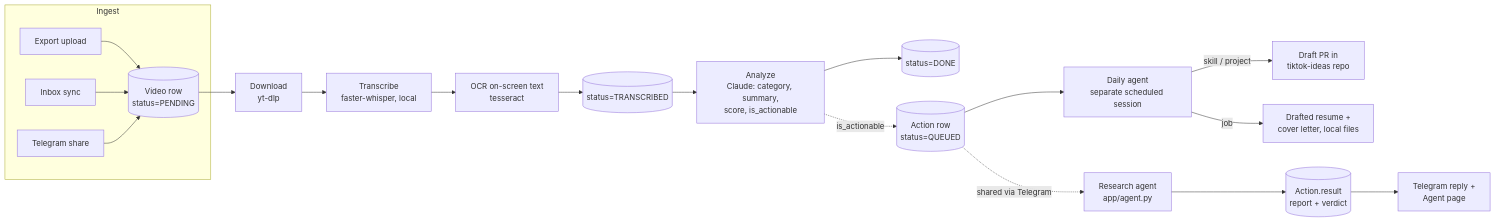
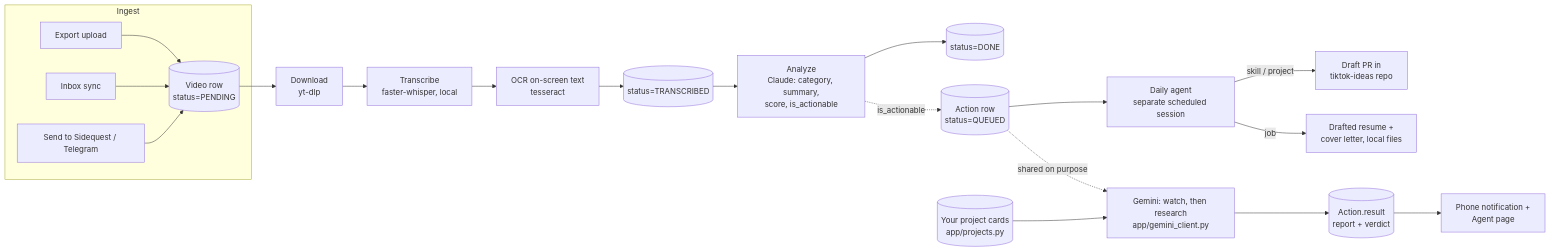
Before and after one commit to mattthomas7641/saved-video-intelligence: the first of 3 diagrams in ARCHITECTURE.md, drawn with Mermaid. The commit also changed other lines of this file and 44 other files, not shown here.

First line of the commit message:
Sidequest: send anything, Gemini watches it, judged against your projects

````diff
--- a/ARCHITECTURE.md
+++ b/ARCHITECTURE.md
@@ -16,24 +16,25 @@
 ```mermaid
 flowchart LR
     subgraph Ingest
         A1[Export upload] --> V[(Video row<br/>status=PENDING)]
         A2[Inbox sync] --> V
-        A3[Telegram share] --> V
+        A3[Send to Sidequest / Telegram] --> V
     end
 
     V --> C1[Download<br/>yt-dlp]
     C1 --> C2[Transcribe<br/>faster-whisper, local]
     C2 --> C3[OCR on-screen text<br/>tesseract]
     C3 --> T[(status=TRANSCRIBED)]
 
     T --> AN[Analyze<br/>Claude: category, summary,<br/>score, is_actionable]
     AN --> D[(status=DONE)]
     AN -. is_actionable .-> AQ[(Action row<br/>status=QUEUED)]
 
     AQ --> AG[Daily agent<br/>separate scheduled session]
     AG -->|skill / project| PR[Draft PR in<br/>tiktok-ideas repo]
     AG -->|job| JD[Drafted resume +<br/>cover letter, local files]
-    AQ -. shared via Telegram .-> RA[Research agent<br/>app/agent.py]
+    AQ -. shared on purpose .-> RA[Gemini: watch, then research<br/>app/gemini_client.py]
+    PJ[(Your project cards<br/>app/projects.py)] --> RA
     RA --> RP[(Action.result<br/>report + verdict)]
-    RP --> TG[Telegram reply +<br/>Agent page]
+    RP --> TG[Phone notification +<br/>Agent page]
 ```
````
